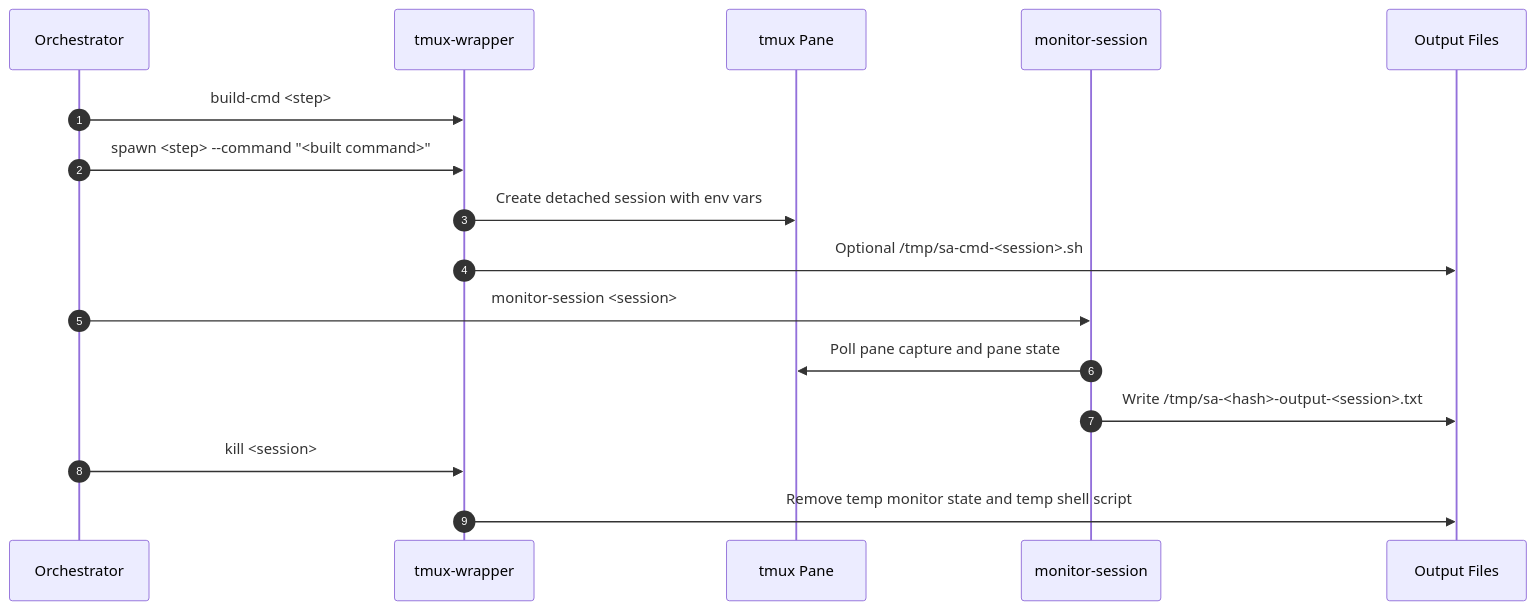
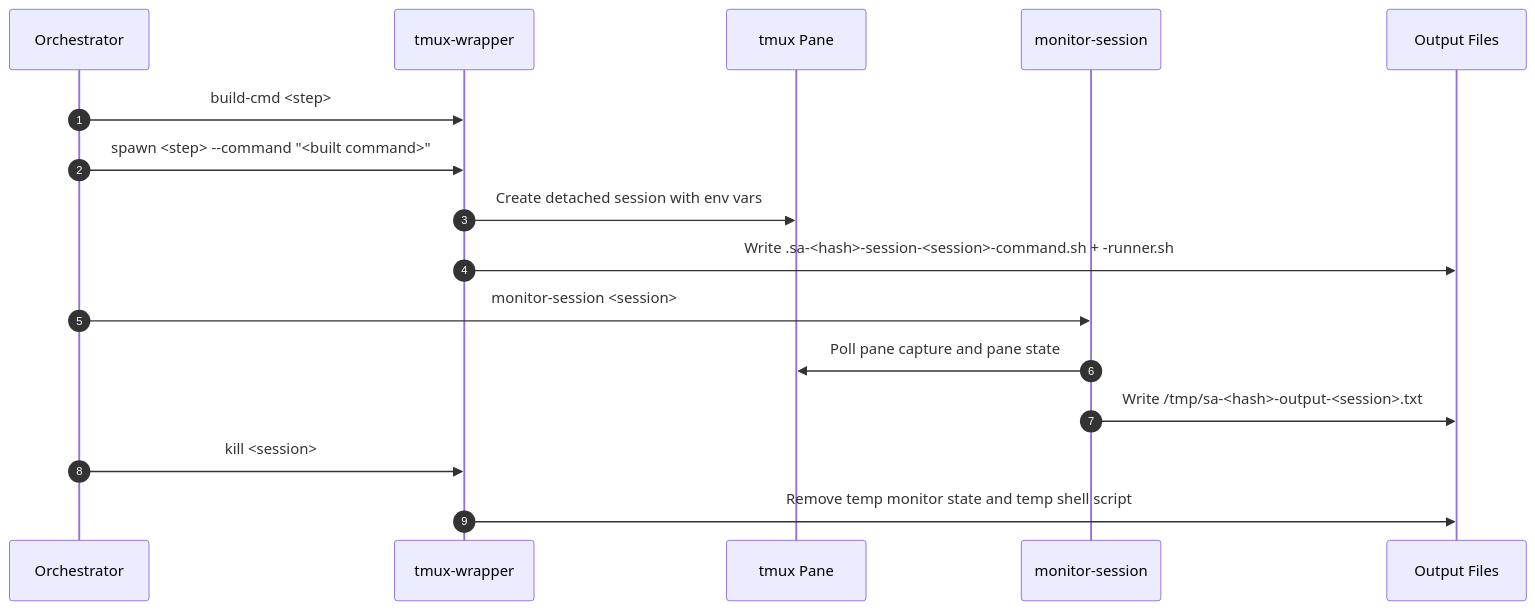
Before and after one commit to mira5557373/bmad-automator: the second of 4 diagrams in docs/agents-and-monitoring.md, drawn with Mermaid. The commit also changed other lines of this file and 13 other files, not shown here.

````diff
--- a/docs/agents-and-monitoring.md
+++ b/docs/agents-and-monitoring.md
@@ -54,19 +54,19 @@
 ```mermaid
 sequenceDiagram
     autonumber
     participant O as Orchestrator
     participant T as tmux-wrapper
     participant P as tmux Pane
     participant M as monitor-session
     participant F as Output Files
 
     O->>T: build-cmd <step>
     O->>T: spawn <step> --command "<built command>"
     T->>P: Create detached session with env vars
-    T->>F: Optional /tmp/sa-cmd-<session>.sh
+    T->>F: Write .sa-<hash>-session-<session>-command.sh + -runner.sh
     O->>M: monitor-session <session>
     M->>P: Poll pane capture and pane state
     M->>F: Write /tmp/sa-<hash>-output-<session>.txt
     O->>T: kill <session>
     T->>F: Remove temp monitor state and temp shell script
 ```
````
